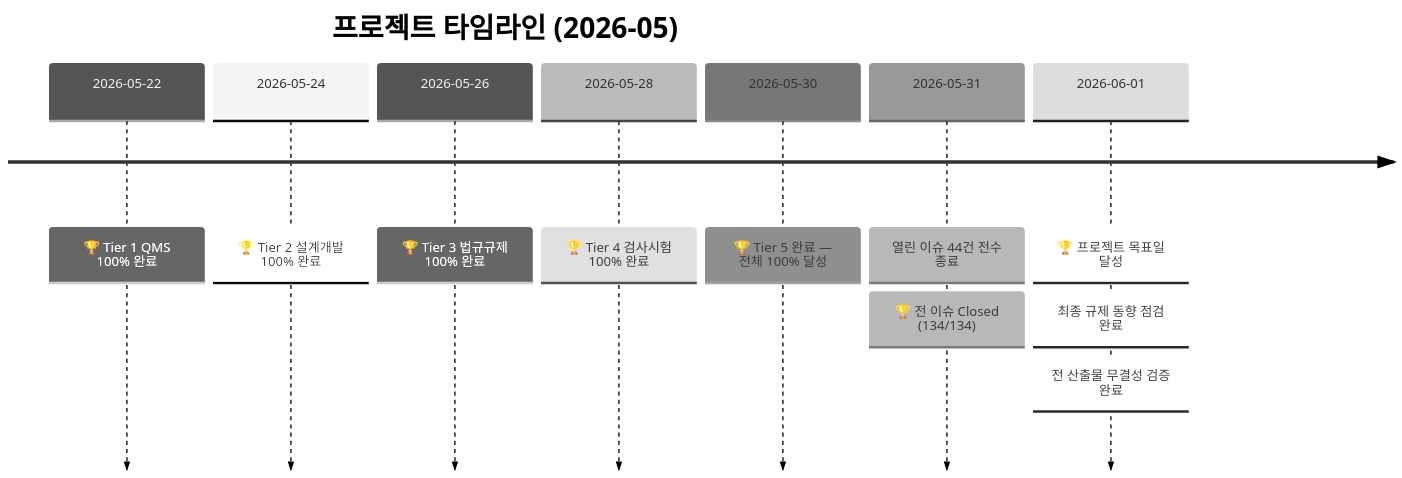
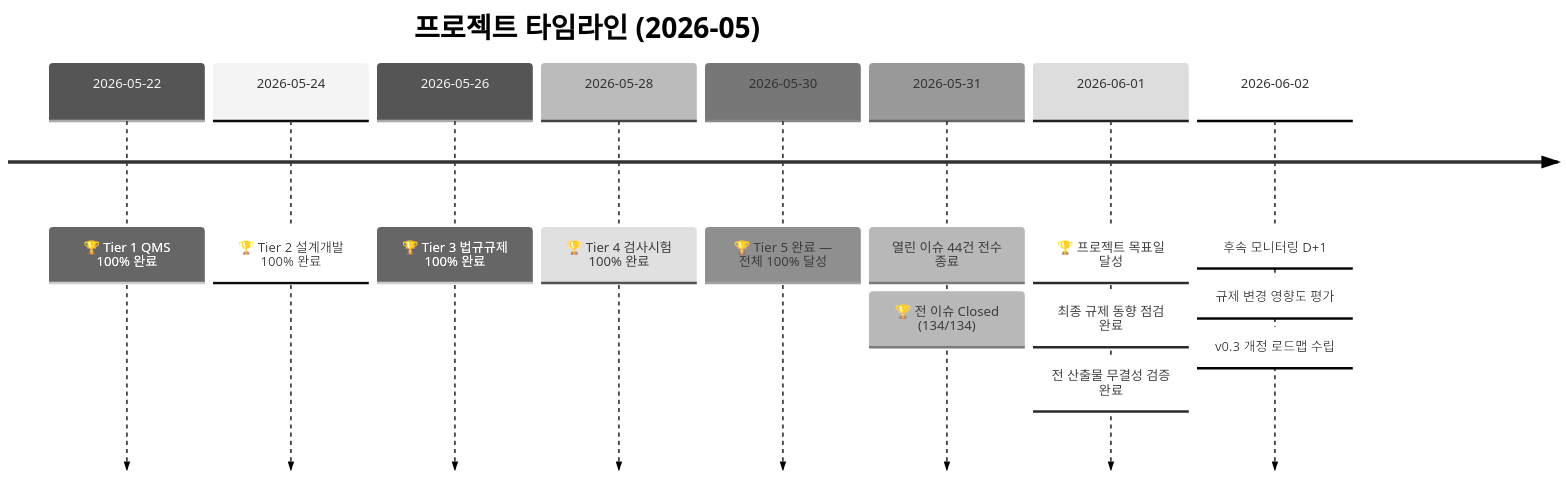
The third of 3 diagrams in README.md (holee9/MD-process), drawn with Mermaid (neutral theme) before and after one commit. The commit also changed other lines of this file, not shown here.

Commit message:
docs(README): 2026-06-02 후속 모니터링 D+1 갱신 — 이슈 140건, 리서치 50건

````diff
--- a/README.md
+++ b/README.md
@@ -189,14 +189,17 @@
 ```mermaid
 timeline
     title 프로젝트 타임라인 (2026-05)
     2026-05-22 : 🏆 Tier 1 QMS 100% 완료
     2026-05-24 : 🏆 Tier 2 설계개발 100% 완료
     2026-05-26 : 🏆 Tier 3 법규규제 100% 완료
     2026-05-28 : 🏆 Tier 4 검사시험 100% 완료
     2026-05-30 : 🏆 Tier 5 완료 — 전체 100% 달성
     2026-05-31 : 열린 이슈 44건 전수 종료
                : 🏆 전 이슈 Closed (134/134)
     2026-06-01 : 🏆 프로젝트 목표일 달성
                : 최종 규제 동향 점검 완료
                : 전 산출물 무결성 검증 완료
+    2026-06-02 : 후속 모니터링 D+1
+               : 규제 변경 영향도 평가
+               : v0.3 개정 로드맵 수립
 ```
````
